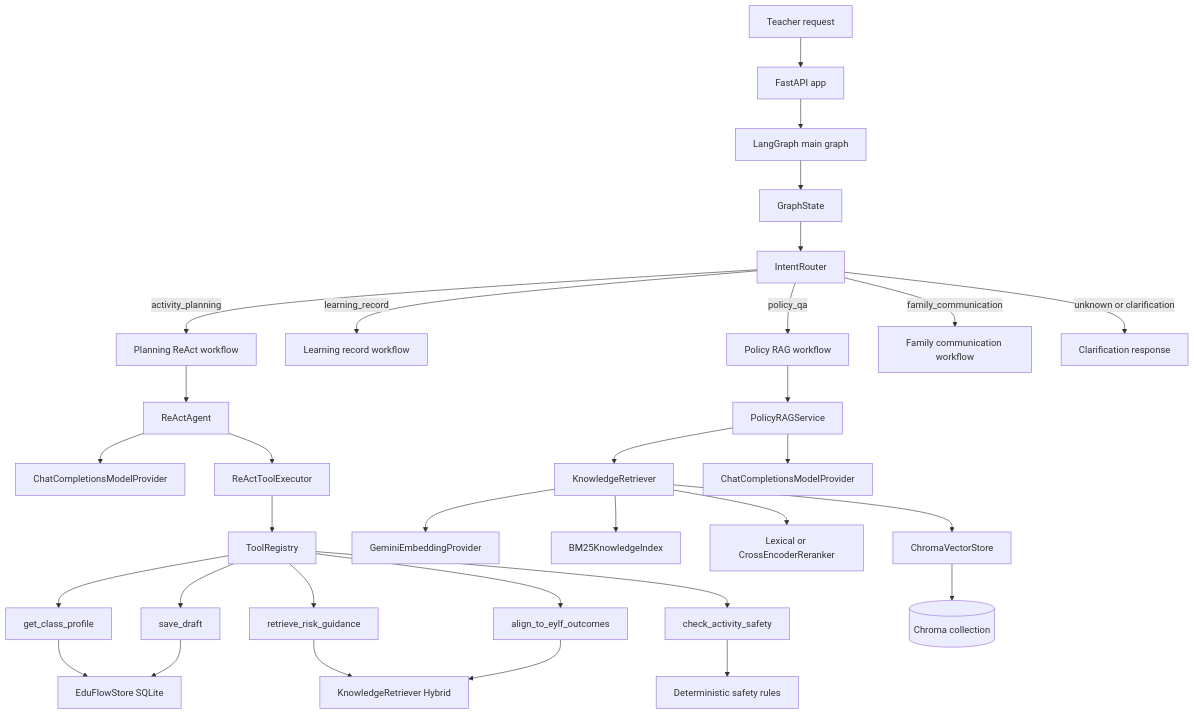
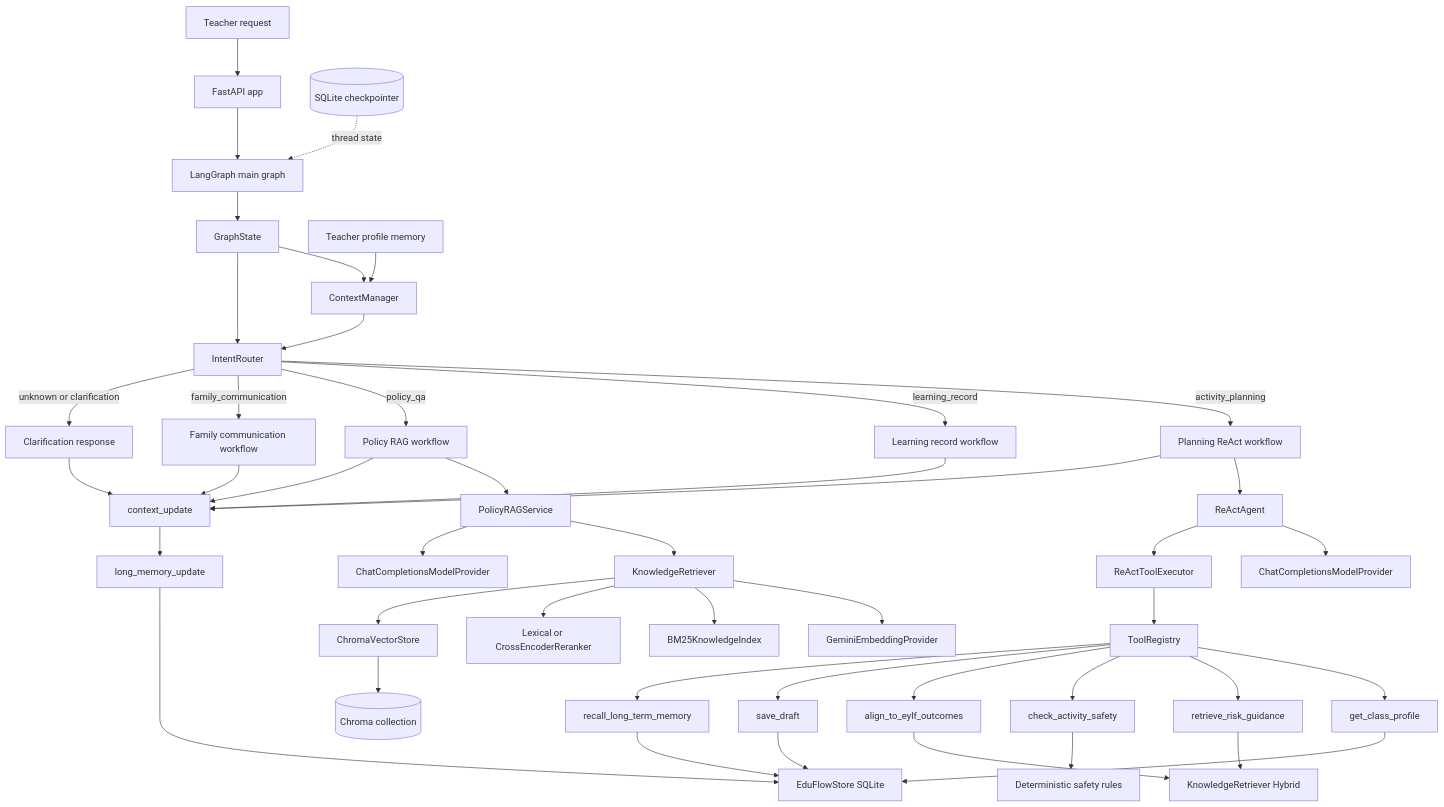
Before and after one commit to MengC-OvO/easy-teaching: the first of 3 diagrams in README.md, drawn with Mermaid. The commit also changed other lines of this file and 38 other files, not shown here.

````diff
--- a/README.md
+++ b/README.md
@@ -26,37 +26,50 @@
 ```mermaid
 flowchart TD
     User[Teacher request] --> API[FastAPI app]
     API --> MainGraph[LangGraph main graph]
+    Checkpoint[(SQLite checkpointer)] -. thread state .-> MainGraph
     MainGraph --> GraphState[GraphState]
+    ProfileMemory[Teacher profile memory] --> ContextManager[ContextManager]
+    GraphState --> ContextManager
+    ContextManager --> Router[IntentRouter]
     GraphState --> Router[IntentRouter]
 
     Router -->|activity_planning| PlanningReAct[Planning ReAct workflow]
     Router -->|learning_record| LearningPlaceholder[Learning record workflow]
     Router -->|policy_qa| PolicyRAG[Policy RAG workflow]
     Router -->|family_communication| FamilyPlaceholder[Family communication workflow]
     Router -->|unknown or clarification| Clarification[Clarification response]
 
     PlanningReAct --> ReActAgent[ReActAgent]
     ReActAgent --> ModelProvider[ChatCompletionsModelProvider]
     ReActAgent --> ReActExecutor[ReActToolExecutor]
     ReActExecutor --> ToolRegistry[ToolRegistry]
     ToolRegistry --> ClassTool[get_class_profile]
     ToolRegistry --> EvidenceTool[retrieve_risk_guidance]
     ToolRegistry --> SafetyTool[check_activity_safety]
     ToolRegistry --> EylfTool[align_to_eylf_outcomes]
     ToolRegistry --> DraftTool[save_draft]
+    ToolRegistry --> RecallTool[recall_long_term_memory]
     ClassTool --> Store[EduFlowStore SQLite]
     DraftTool --> Store
+    RecallTool --> Store
     EvidenceTool --> PlanningRetrieval[KnowledgeRetriever Hybrid]
     EylfTool --> PlanningRetrieval
     SafetyTool --> SafetyRules[Deterministic safety rules]
 
     PolicyRAG --> PolicyService[PolicyRAGService]
     PolicyService --> Retrieval[KnowledgeRetriever]
     Retrieval --> Embeddings[GeminiEmbeddingProvider]
     Retrieval --> BM25[BM25KnowledgeIndex]
     Retrieval --> Reranker[Lexical or CrossEncoderReranker]
     Retrieval --> VectorStore[ChromaVectorStore]
     VectorStore --> Chroma[(Chroma collection)]
     PolicyService --> AnswerModel[ChatCompletionsModelProvider]
+    PlanningReAct --> ContextUpdate[context_update]
+    PolicyRAG --> ContextUpdate
+    LearningPlaceholder --> ContextUpdate
+    FamilyPlaceholder --> ContextUpdate
+    Clarification --> ContextUpdate
+    ContextUpdate --> MemoryUpdate[long_memory_update]
+    MemoryUpdate --> Store
 ```
````
